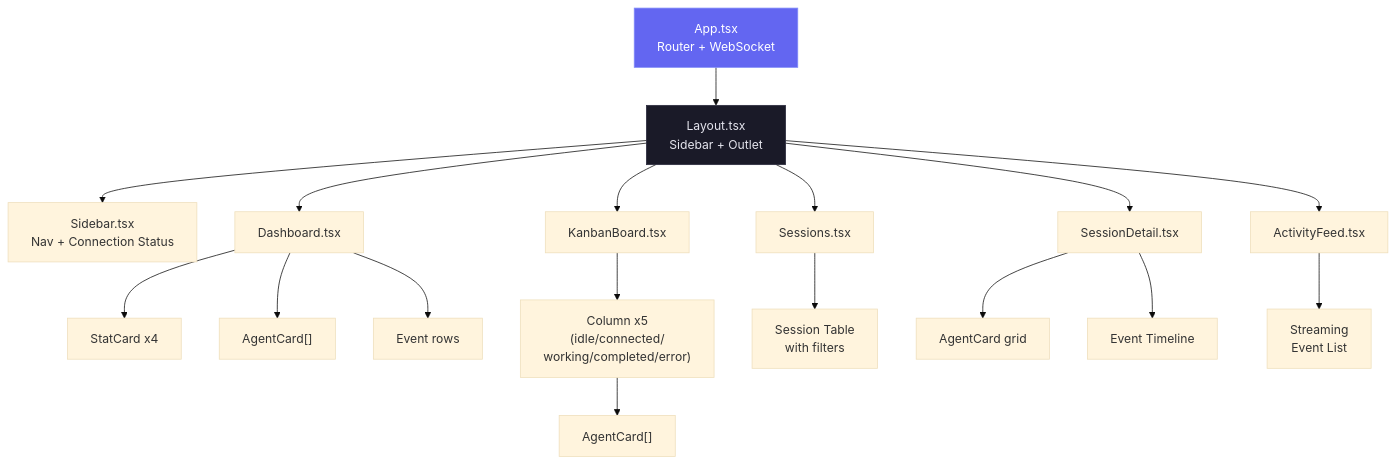
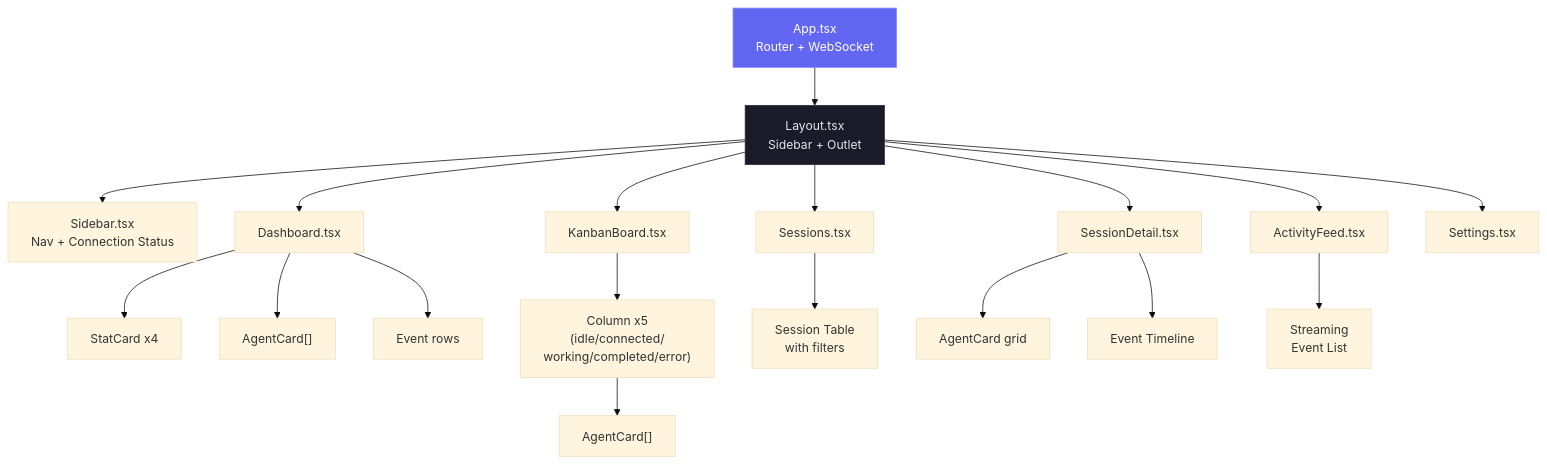
Before and after one commit to mirkanu/gsd-dashboard: the seventh of 19 diagrams in ARCHITECTURE.md, drawn with Mermaid (base theme). The commit also changed other lines of this file and 4 other files, not shown here.

````diff
--- a/ARCHITECTURE.md
+++ b/ARCHITECTURE.md
@@ -274,30 +285,31 @@
 ```mermaid
 graph TD
     APP["App.tsx<br/>Router + WebSocket"]
     LAYOUT["Layout.tsx<br/>Sidebar + Outlet"]
     SIDEBAR["Sidebar.tsx<br/>Nav + Connection Status"]
     DASH["Dashboard.tsx"]
     KANBAN["KanbanBoard.tsx"]
     SESS["Sessions.tsx"]
     DETAIL["SessionDetail.tsx"]
     ACTIVITY["ActivityFeed.tsx"]
+    SETTINGS_P["Settings.tsx"]
 
     APP --> LAYOUT
     LAYOUT --> SIDEBAR
-    LAYOUT --> DASH & KANBAN & SESS & DETAIL & ACTIVITY
+    LAYOUT --> DASH & KANBAN & SESS & DETAIL & ACTIVITY & SETTINGS_P
 
     DASH --> SC1["StatCard x4"]
     DASH --> AC1["AgentCard[]"]
     DASH --> EV1["Event rows"]
 
     KANBAN --> COL["Column x5<br/>(idle/connected/<br/>working/completed/error)"]
     COL --> AC2["AgentCard[]"]
 
     SESS --> TABLE["Session Table<br/>with filters"]
     DETAIL --> AC3["AgentCard grid"]
     DETAIL --> TL["Event Timeline"]
     ACTIVITY --> FEED["Streaming<br/>Event List"]
 
     style APP fill:#6366f1,stroke:#818cf8,color:#fff
     style LAYOUT fill:#1a1a28,stroke:#2a2a3d,color:#e4e4ed
 ```
````
